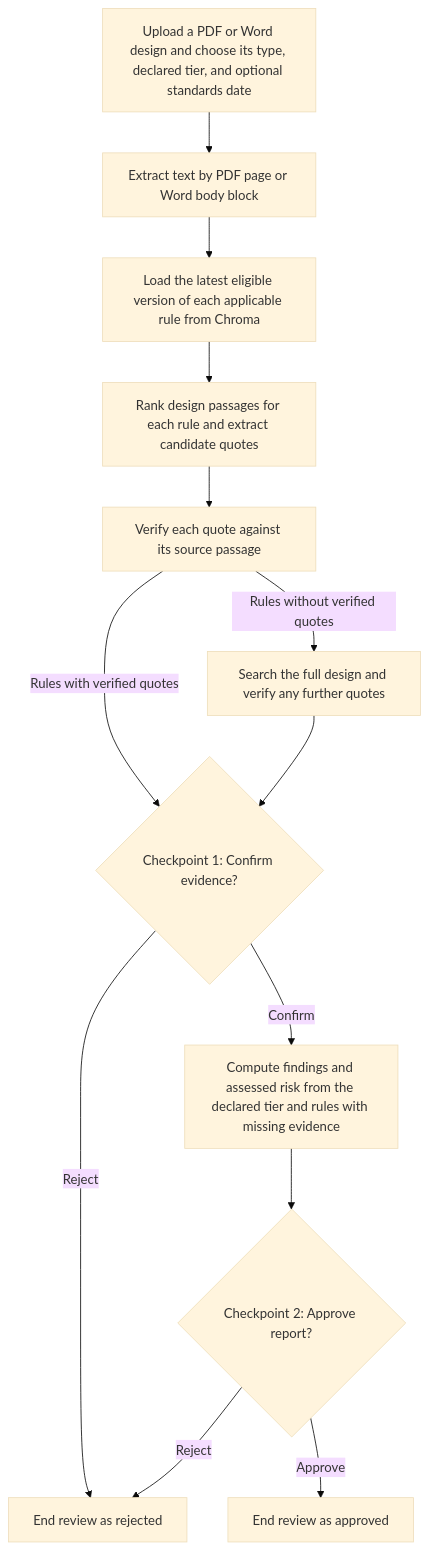
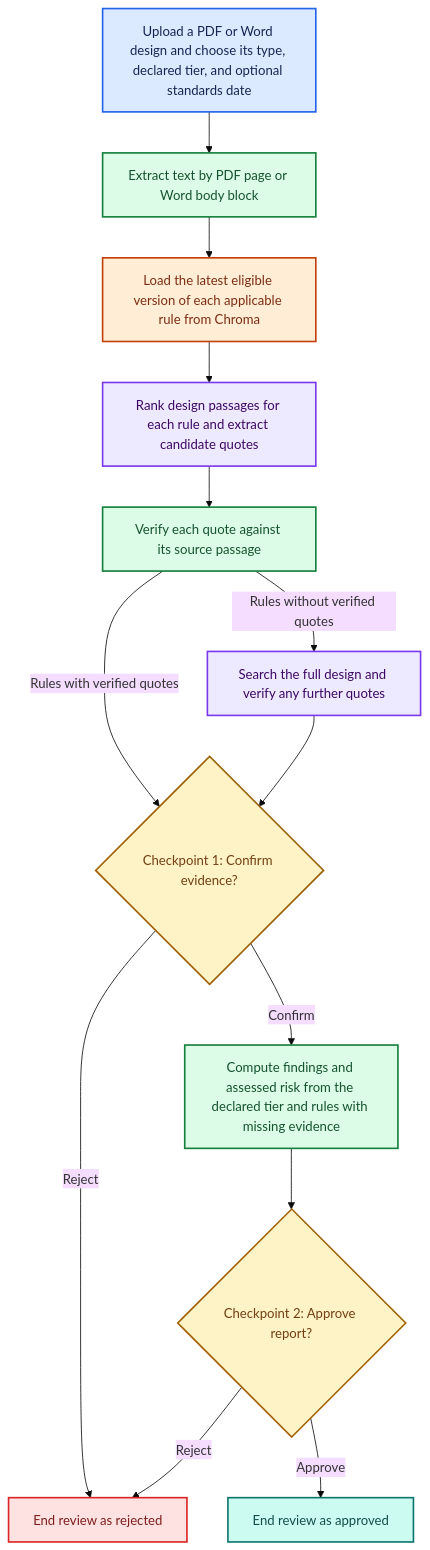
Before and after one commit to girisheduru/archgovasst: the third of 9 diagrams in flowdiagrams.md, drawn with Mermaid (base theme). The commit also changed other lines of this file and 18 other files, not shown here.

Commit message:
Nodes and architecture changed along with banners and comments

````diff
--- a/flowdiagrams.md
+++ b/flowdiagrams.md
@@ -41,15 +90,30 @@
 ```mermaid
 flowchart TD
     Upload["Upload a PDF or Word design and choose its type, declared tier, and optional standards date"] --> Parse["Extract text by PDF page or Word body block"]
     Parse --> Rules["Load the latest eligible version of each applicable rule from Chroma"]
     Rules --> Extract["Rank design passages for each rule and extract candidate quotes"]
     Extract --> Validate["Verify each quote against its source passage"]
     Validate -->|"Rules without verified quotes"| Full["Search the full design and verify any further quotes"]
     Validate -->|"Rules with verified quotes"| Evidence{"Checkpoint 1: Confirm evidence?"}
     Full --> Evidence
     Evidence -->|"Reject"| Rejected["End review as rejected"]
     Evidence -->|"Confirm"| Policy["Compute findings and assessed risk from the declared tier and rules with missing evidence"]
     Policy --> Report{"Checkpoint 2: Approve report?"}
     Report -->|"Reject"| Rejected
     Report -->|"Approve"| Approved["End review as approved"]
+
+    classDef user fill:#dbeafe,stroke:#2563eb,color:#172554,stroke-width:2px;
+    class Upload user;
+    classDef process fill:#dcfce7,stroke:#15803d,color:#14532d,stroke-width:2px;
+    class Parse,Validate,Policy process;
+    classDef store fill:#ffedd5,stroke:#c2410c,color:#7c2d12,stroke-width:2px;
+    class Rules store;
+    classDef llm fill:#ede9fe,stroke:#7c3aed,color:#3b0764,stroke-width:2px;
+    class Extract,Full llm;
+    classDef decision fill:#fef3c7,stroke:#a16207,color:#713f12,stroke-width:2px;
+    class Evidence,Report decision;
+    classDef rejected fill:#fee2e2,stroke:#dc2626,color:#7f1d1d,stroke-width:2px;
+    class Rejected rejected;
+    classDef output fill:#ccfbf1,stroke:#0f766e,color:#134e4a,stroke-width:2px;
+    class Approved output;
 ```
````
